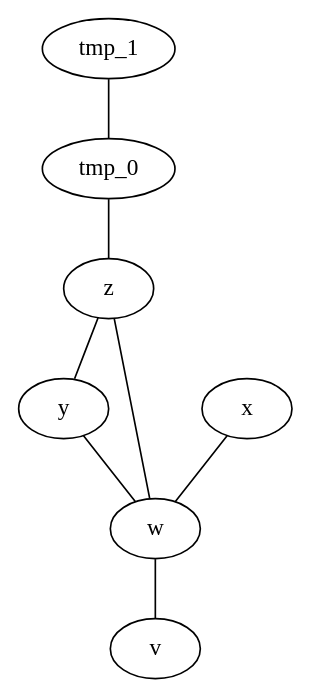
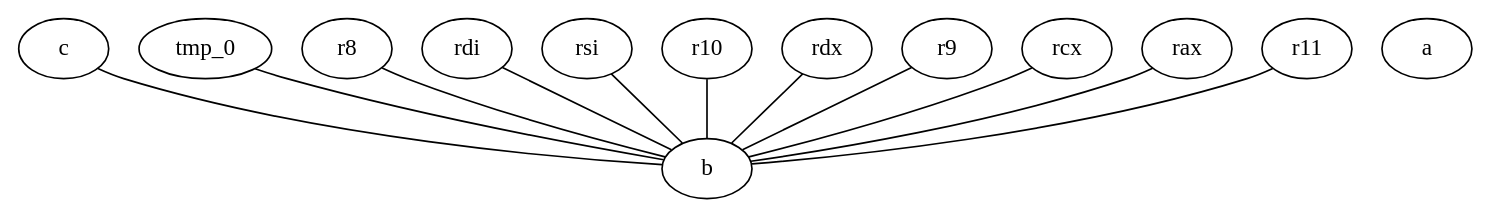
One commit to mdab98/compilerlabor changed the diagram in blatt4/Graph.gv. Above: the diagram before and after it, drawn with Graphviz. The commit also changed 4 other files, not shown here.

```diff
--- a/blatt4/Graph.gv
+++ b/blatt4/Graph.gv
@@ -1,16 +1,26 @@
 graph {
-	tmp_1
+	b
+	c
 	tmp_0
-	z
-	y
-	w
-	x
-	v
-	tmp_0 -- z [len=1.5]
-	z -- w [len=1.5]
-	y -- w [len=1.5]
-	z -- y [len=1.5]
-	x -- w [len=1.5]
-	w -- v [len=1.5]
-	tmp_1 -- tmp_0 [len=1.5]
+	a
+	r8
+	rdi
+	rsi
+	r10
+	rdx
+	r9
+	rcx
+	rax
+	r11
+	r11 -- b [len=1.5]
+	tmp_0 -- b [len=1.5]
+	r8 -- b [len=1.5]
+	rdi -- b [len=1.5]
+	rsi -- b [len=1.5]
+	r10 -- b [len=1.5]
+	rdx -- b [len=1.5]
+	r9 -- b [len=1.5]
+	rcx -- b [len=1.5]
+	rax -- b [len=1.5]
+	c -- b [len=1.5]
 }
```
